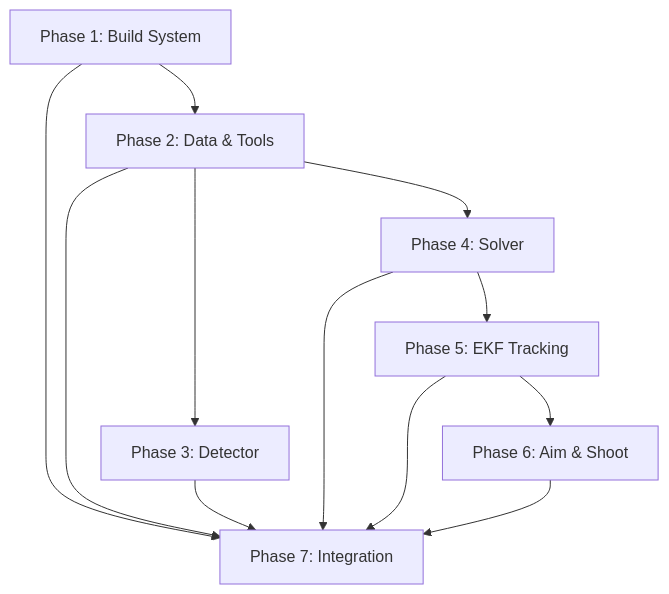
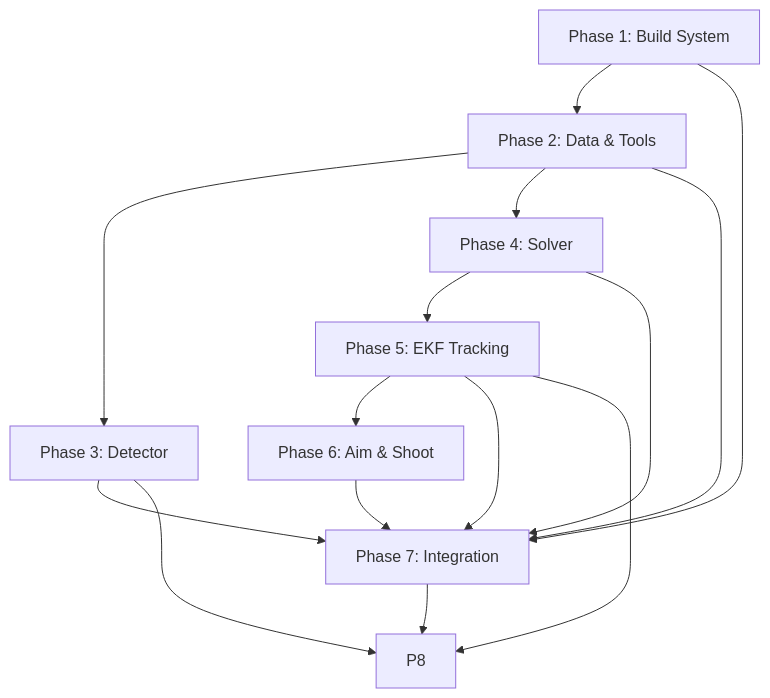
Before and after one commit to yjh051108/TGU_Robocore_2027: the diagram in .planning/ROADMAP.md, drawn with Mermaid. The commit also changed other lines of this file and 3 other files, not shown here.

````diff
--- a/.planning/ROADMAP.md
+++ b/.planning/ROADMAP.md
@@ -156,14 +157,17 @@
 ```mermaid
 graph TD
     P1[Phase 1: Build System] --> P2[Phase 2: Data & Tools]
     P2 --> P3[Phase 3: Detector]
     P2 --> P4[Phase 4: Solver]
     P4 --> P5[Phase 5: EKF Tracking]
     P5 --> P6[Phase 6: Aim & Shoot]
     P1 --> P7[Phase 7: Integration]
     P2 --> P7
     P3 --> P7
     P4 --> P7
     P5 --> P7
     P6 --> P7
+    P5 --> P8
+    P3 --> P8
+    P7 --> P8
 ```
````
